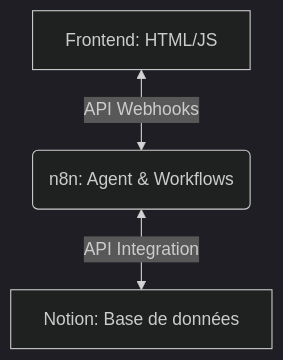
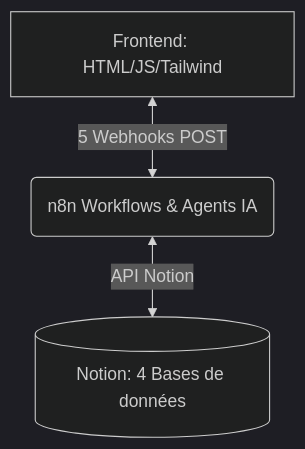
Before and after one commit to SamiSteyre/murderparty: the diagram in README.md, drawn with Mermaid (dark theme). The commit also changed other lines of this file and 3 other files, not shown here.

````diff
--- a/README.md
+++ b/README.md
@@ -7,5 +9,5 @@
 ```mermaid
 graph TD
-    A[Frontend: HTML/JS] <-->|API Webhooks| B(n8n: Agent & Workflows)
-    B <-->|API Integration| C[Notion: Base de données]
+    A[Frontend: HTML/JS/Tailwind] <-->|5 Webhooks POST| B(n8n Workflows & Agents IA)
+    B <-->|API Notion| C[(Notion: 4 Bases de données)]
 ```
````
